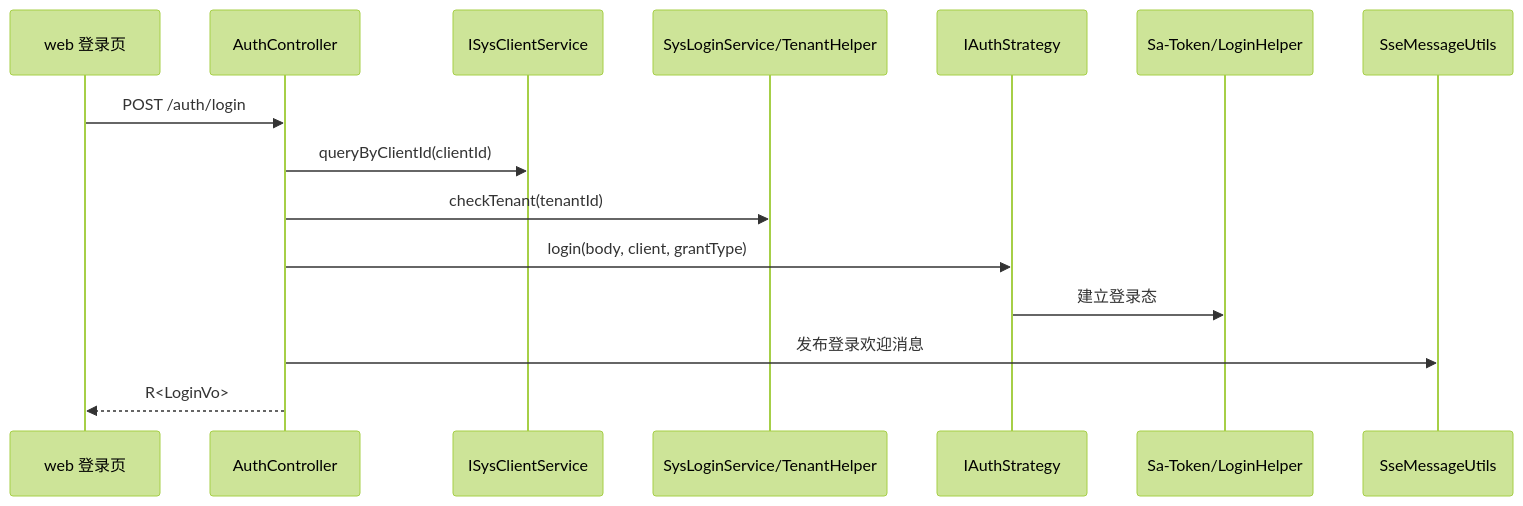
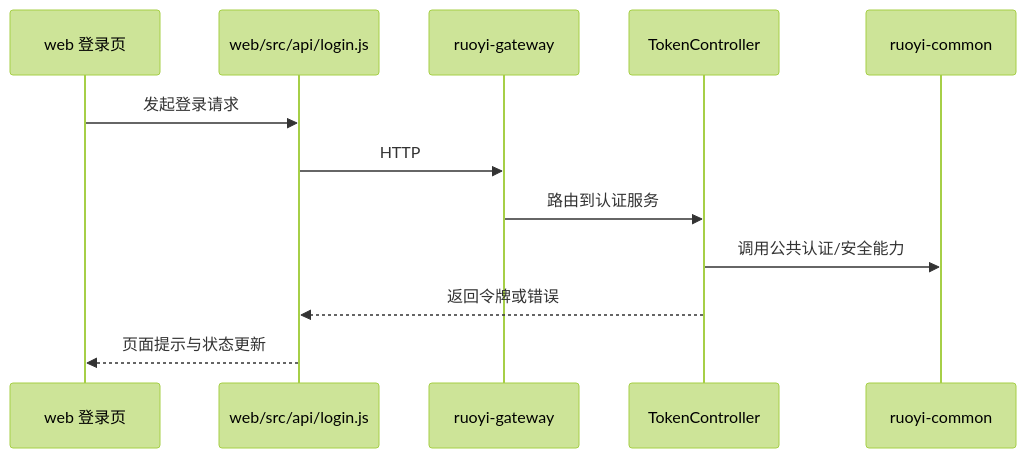
The diagram in docs/design/feature-auth.md (KoshiroPeng/HarnessBase), drawn with Mermaid (forest theme) before and after one commit. The commit also changed other lines of this file and 59 other files, not shown here.

````diff
--- a/docs/design/feature-auth.md
+++ b/docs/design/feature-auth.md
@@ -35,18 +30,15 @@
 ```mermaid
 sequenceDiagram
     participant Web as web 登录页
-    participant Auth as AuthController
-    participant Client as ISysClientService
-    participant Tenant as SysLoginService/TenantHelper
-    participant Strategy as IAuthStrategy
-    participant SaToken as Sa-Token/LoginHelper
-    participant SSE as SseMessageUtils
+    participant Api as web/src/api/login.js
+    participant Gateway as ruoyi-gateway
+    participant Auth as TokenController
+    participant Common as ruoyi-common
 
-    Web->>Auth: POST /auth/login
-    Auth->>Client: queryByClientId(clientId)
-    Auth->>Tenant: checkTenant(tenantId)
-    Auth->>Strategy: login(body, client, grantType)
-    Strategy->>SaToken: 建立登录态
-    Auth->>SSE: 发布登录欢迎消息
-    Auth-->>Web: R<LoginVo>
+    Web->>Api: 发起登录请求
+    Api->>Gateway: HTTP
+    Gateway->>Auth: 路由到认证服务
+    Auth->>Common: 调用公共认证/安全能力
+    Auth-->>Api: 返回令牌或错误
+    Api-->>Web: 页面提示与状态更新
 ```
````
